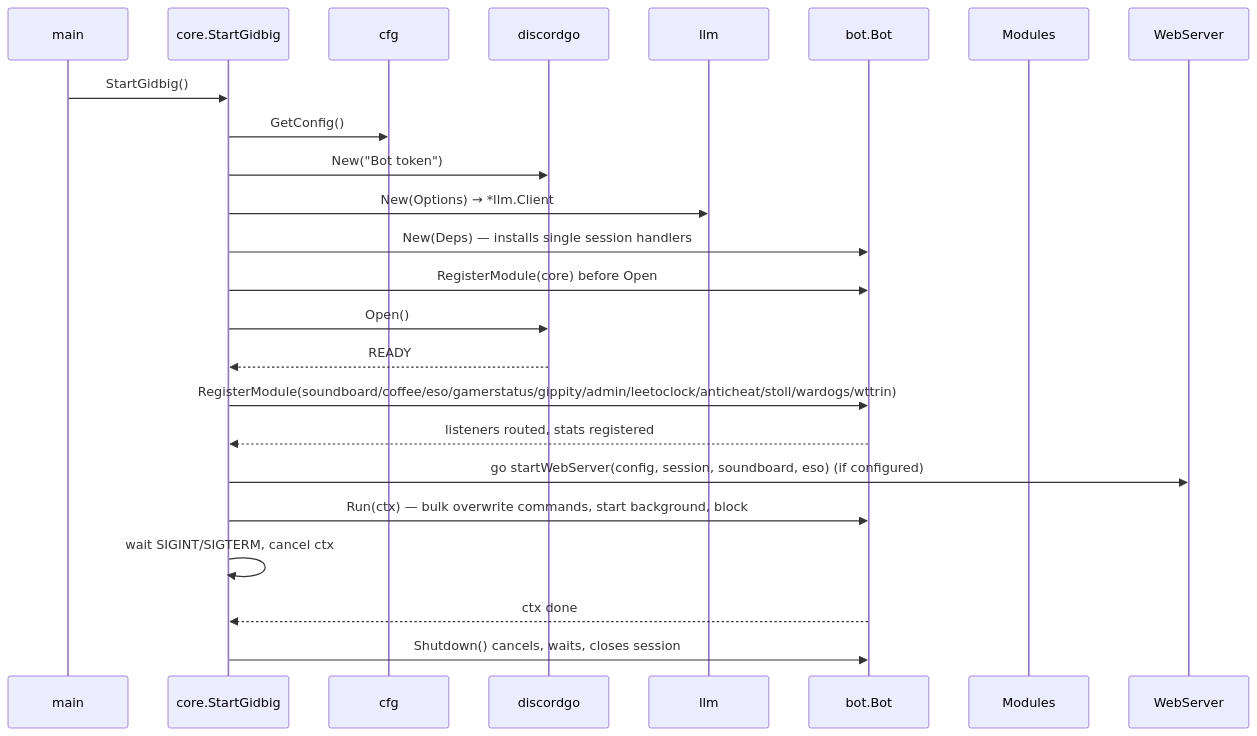
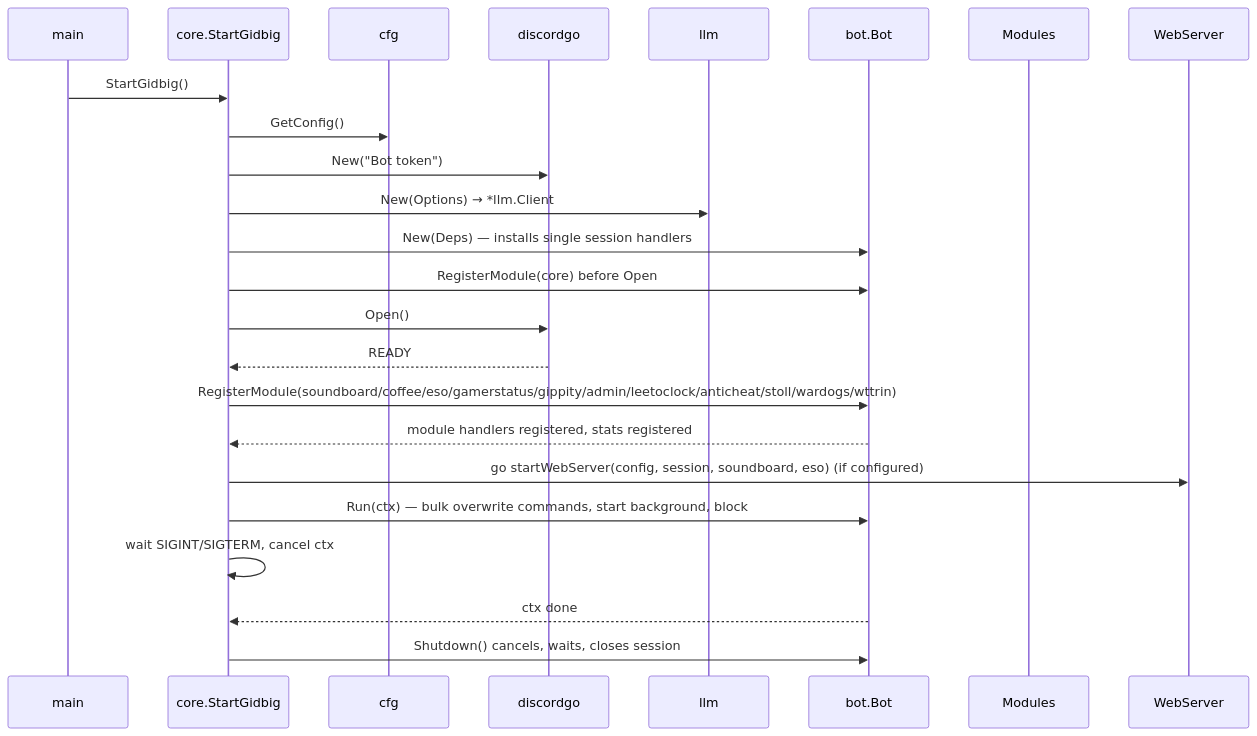
The diagram in docs/modules/core.md (toksikk/gidbig), drawn with Mermaid before and after one commit. The commit also changed 29 other files, not shown here.

````diff
--- a/docs/modules/core.md
+++ b/docs/modules/core.md
@@ -24,27 +24,27 @@
 ```mermaid
 sequenceDiagram
     participant main
     participant core as core.StartGidbig
     participant cfg
     participant dg as discordgo
     participant llm
     participant bot as bot.Bot
     participant mod as Modules
     participant web as WebServer
 
     main->>core: StartGidbig()
     core->>cfg: GetConfig()
     core->>dg: New("Bot token")
     core->>llm: New(Options) → *llm.Client
     core->>bot: New(Deps) — installs single session handlers
     core->>bot: RegisterModule(core) before Open
     core->>dg: Open()
     dg-->>core: READY
     core->>bot: RegisterModule(soundboard/coffee/eso/gamerstatus/gippity/admin/leetoclock/anticheat/stoll/wardogs/wttrin)
-    bot-->>core: listeners routed, stats registered
+    bot-->>core: module handlers registered, stats registered
     core->>web: go startWebServer(config, session, soundboard, eso) (if configured)
     core->>bot: Run(ctx) — bulk overwrite commands, start background, block
     core->>core: wait SIGINT/SIGTERM, cancel ctx
     bot-->>core: ctx done
     core->>bot: Shutdown() cancels, waits, closes session
 ```
````
